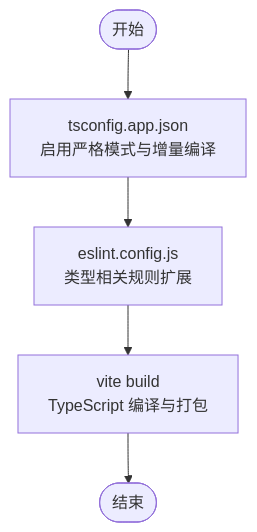
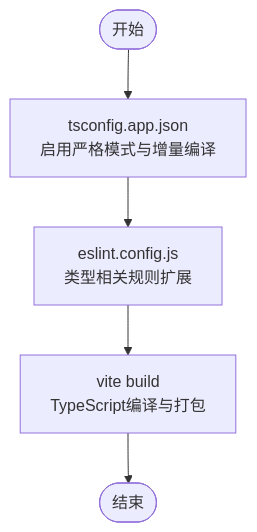
One commit to xianjianshenqu/SalesFlow-CRM changed the third of 12 diagrams in .qoder/repowiki/zh/content/架构设计/技术栈架构.md. Above: the diagram before and after it, drawn with Mermaid. The commit also changed other lines of this file and 17 other files, not shown here.

````diff
--- a/.qoder/repowiki/zh/content/架构设计/技术栈架构.md
+++ b/.qoder/repowiki/zh/content/架构设计/技术栈架构.md
@@ -159,7 +137,7 @@
 ```mermaid
 flowchart TD
 Start(["开始"]) --> CheckTS["tsconfig.app.json<br/>启用严格模式与增量编译"]
 CheckTS --> ESL["eslint.config.js<br/>类型相关规则扩展"]
-ESL --> Build["vite build<br/>TypeScript 编译与打包"]
+ESL --> Build["vite build<br/>TypeScript编译与打包"]
 Build --> End(["结束"])
 ```
````
